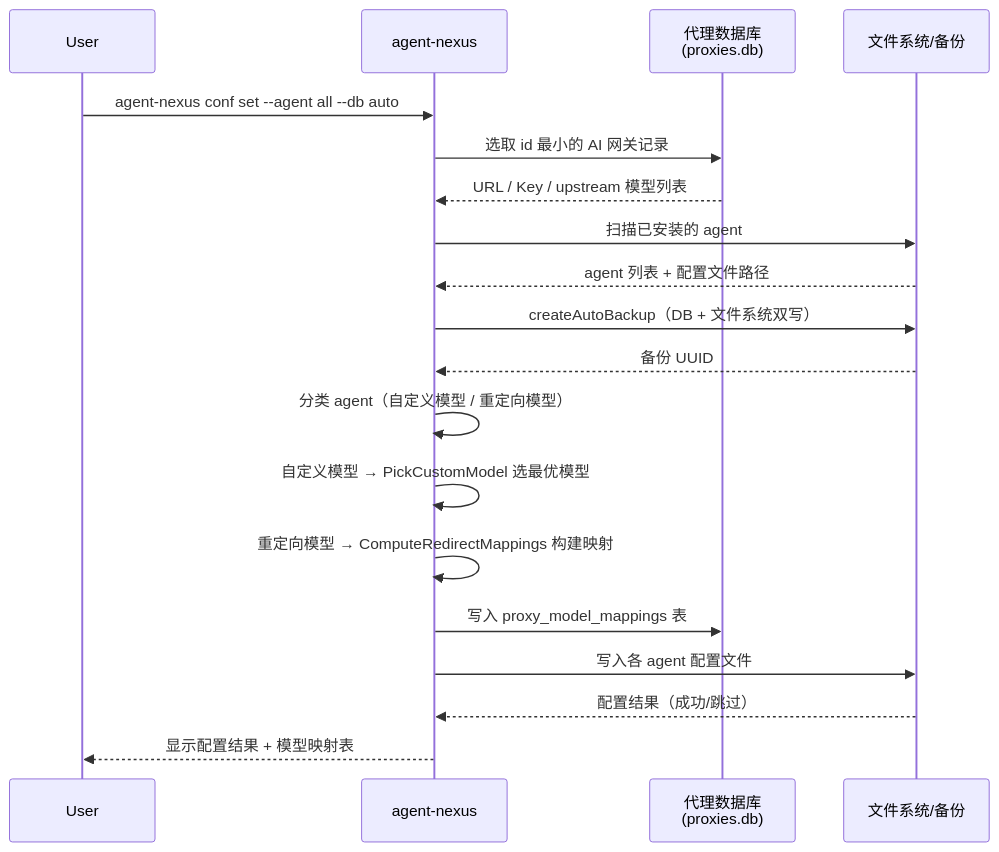
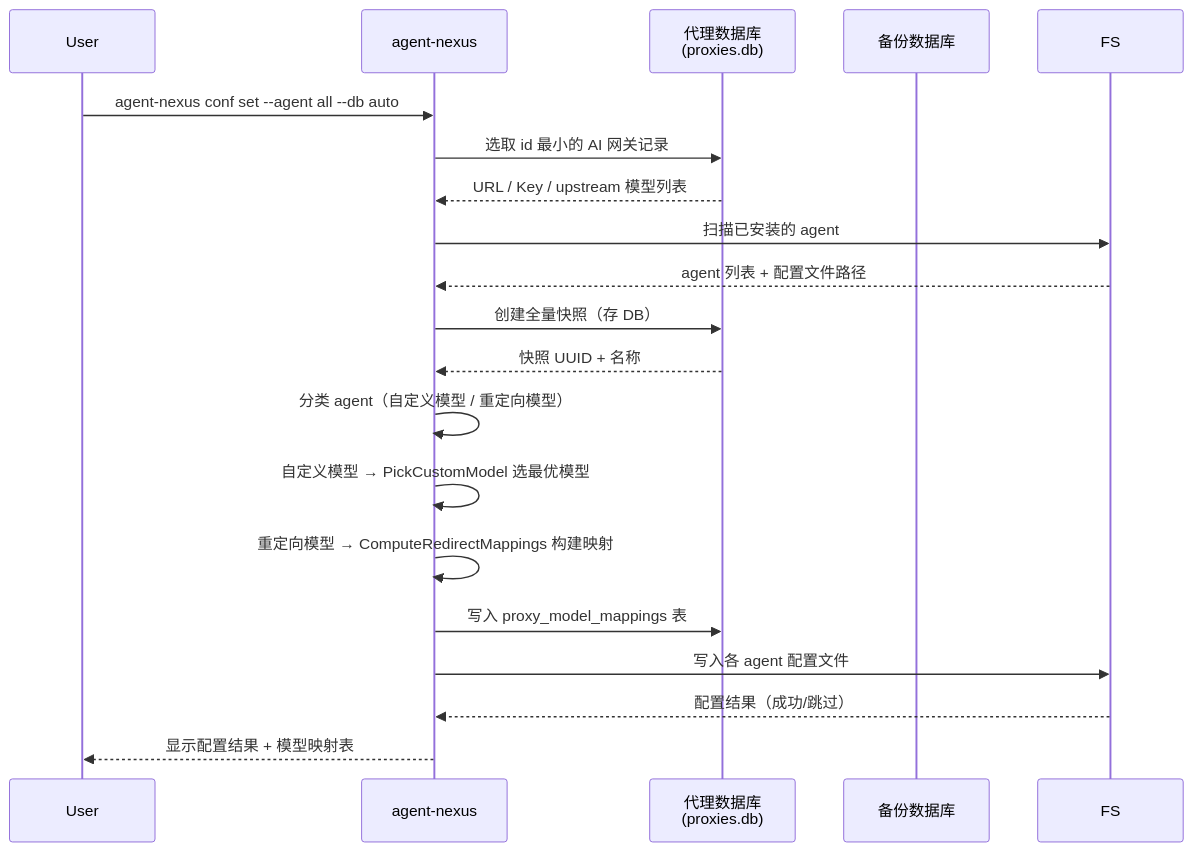
One commit to yejinlei/agent-nexus changed the third of 3 diagrams in MANUAL.md. Above: the diagram before and after it, drawn with Mermaid. The commit also changed other lines of this file and 2 other files, not shown here.

````diff
--- a/MANUAL.md
+++ b/MANUAL.md
@@ -606,22 +581,22 @@
 ```mermaid
 sequenceDiagram
     participant User
     participant Tool as agent-nexus
     participant DB as 代理数据库<br/>(proxies.db)
-    participant FS as 文件系统/备份
+    participant DB2 as 备份数据库
 
     User->>Tool: agent-nexus conf set --agent all --db auto
     Tool->>DB: 选取 id 最小的 AI 网关记录
     DB-->>Tool: URL / Key / upstream 模型列表
     Tool->>FS: 扫描已安装的 agent
     FS-->>Tool: agent 列表 + 配置文件路径
-    Tool->>FS: createAutoBackup（DB + 文件系统双写）
-    FS-->>Tool: 备份 UUID
+    Tool->>DB: 创建全量快照（存 DB）
+    DB-->>Tool: 快照 UUID + 名称
     Tool->>Tool: 分类 agent（自定义模型 / 重定向模型）
     Tool->>Tool: 自定义模型 → PickCustomModel 选最优模型
     Tool->>Tool: 重定向模型 → ComputeRedirectMappings 构建映射
     Tool->>DB: 写入 proxy_model_mappings 表
     Tool->>FS: 写入各 agent 配置文件
     FS-->>Tool: 配置结果（成功/跳过）
     Tool-->>User: 显示配置结果 + 模型映射表
 ```
````
